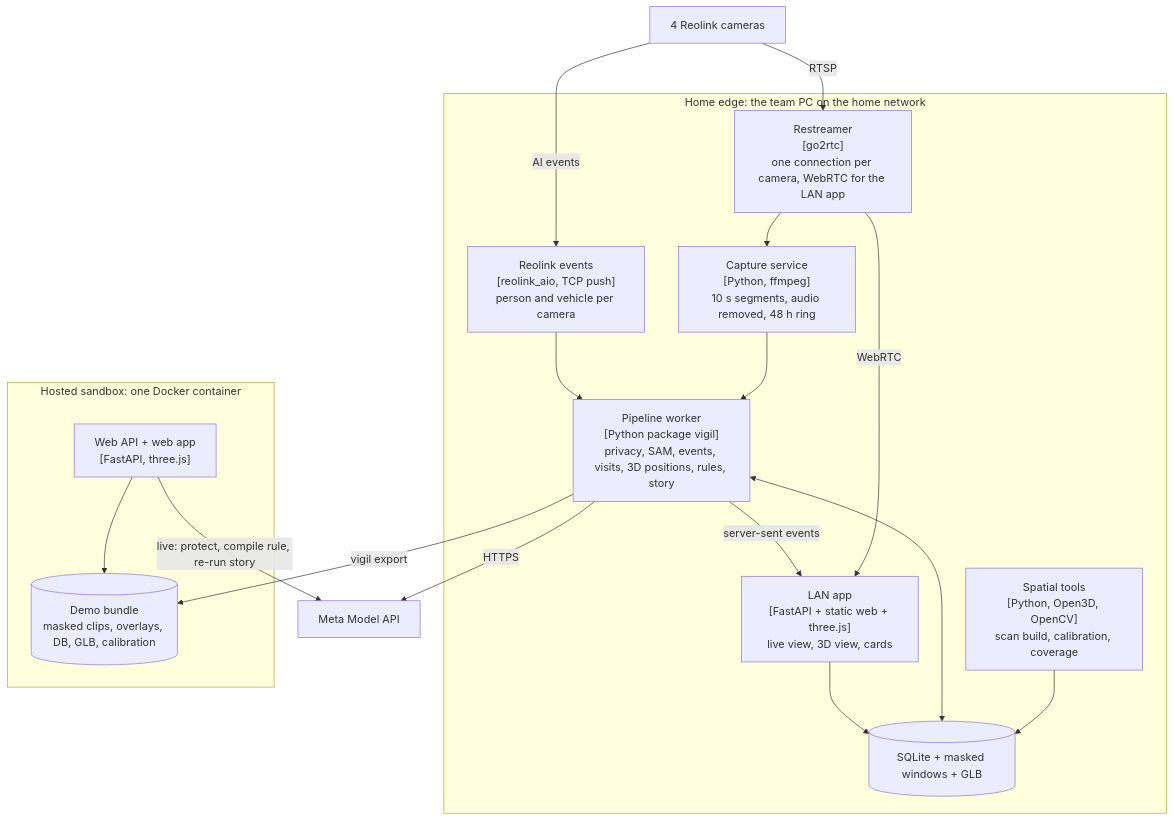
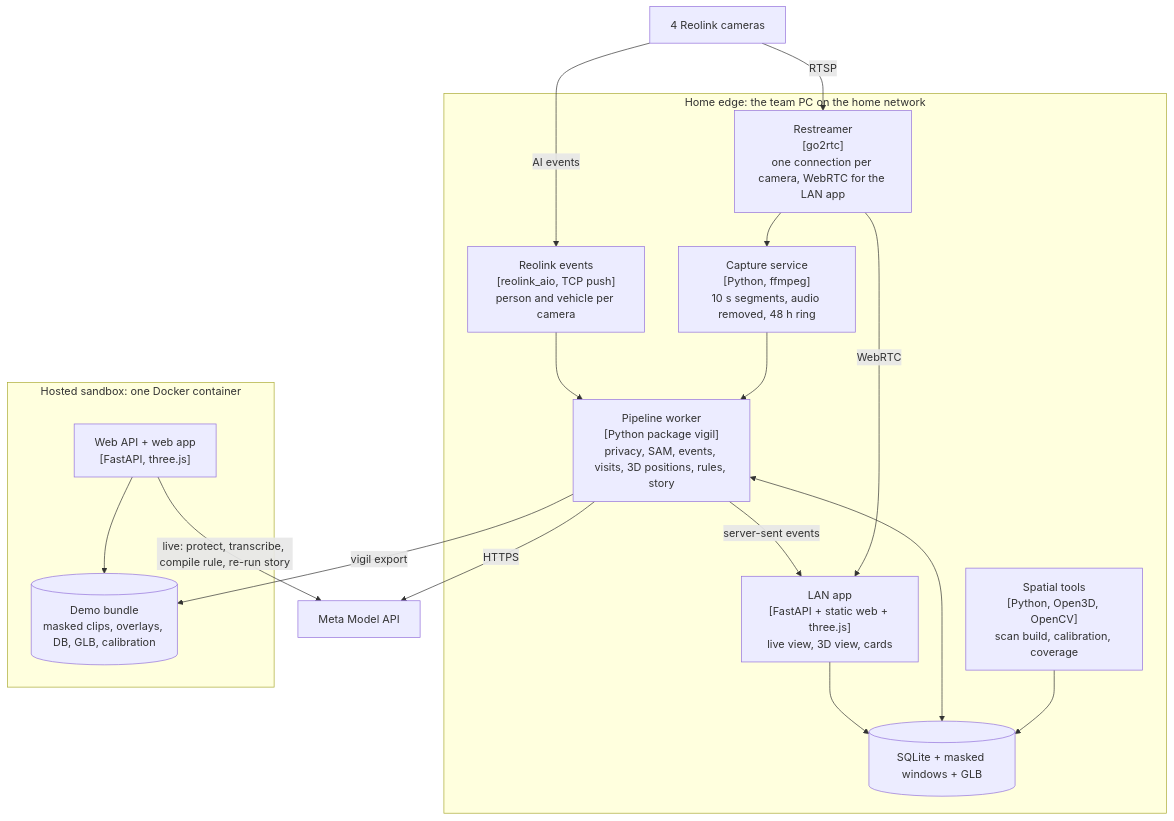
Before and after one commit to gabrielromerod/meta-global-ai-developer-hackathon-2026: the second of 14 diagrams in docs/spec/vigil-spec.md, drawn with Mermaid. The commit also changed other lines of this file and 16 other files, not shown here.

````diff
--- a/docs/spec/vigil-spec.md
+++ b/docs/spec/vigil-spec.md
@@ -357,32 +397,32 @@
 ```mermaid
 flowchart TB
   subgraph home["Home edge: the team PC on the home network"]
     rs["Restreamer<br/>[go2rtc]<br/>one connection per camera, WebRTC for the LAN app"]
     cap["Capture service<br/>[Python, ffmpeg]<br/>10 s segments, audio removed, 48 h ring"]
     evt["Reolink events<br/>[reolink_aio, TCP push]<br/>person and vehicle per camera"]
     pipe["Pipeline worker<br/>[Python package vigil]<br/>privacy, SAM, events, visits, 3D positions, rules, story"]
     spat["Spatial tools<br/>[Python, Open3D, OpenCV]<br/>scan build, calibration, coverage"]
     lan["LAN app<br/>[FastAPI + static web + three.js]<br/>live view, 3D view, cards"]
     db[("SQLite + masked windows + GLB")]
   end
   subgraph cloud["Hosted sandbox: one Docker container"]
     api["Web API + web app<br/>[FastAPI, three.js]"]
     bundle[("Demo bundle<br/>masked clips, overlays, DB, GLB, calibration")]
   end
   cams["4 Reolink cameras"]
   meta["Meta Model API"]
   cams -->|"RTSP"| rs
   cams -->|"AI events"| evt
   rs --> cap
   cap --> pipe
   evt --> pipe
   spat --> db
   pipe <--> db
   pipe -->|"HTTPS"| meta
   lan --> db
   rs -->|"WebRTC"| lan
   pipe -->|"server-sent events"| lan
   pipe -->|"vigil export"| bundle
   api --> bundle
-  api -->|"live: protect, compile rule, re-run story"| meta
+  api -->|"live: protect, transcribe, compile rule, re-run story"| meta
 ```
````
